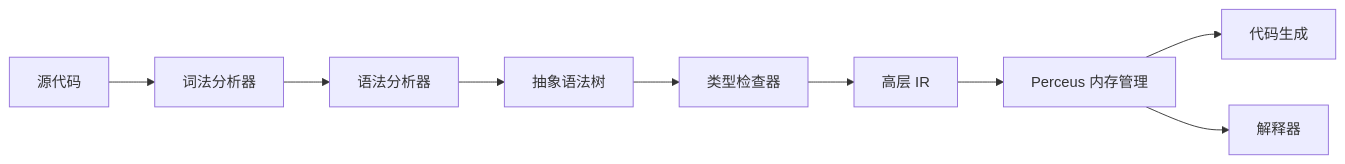
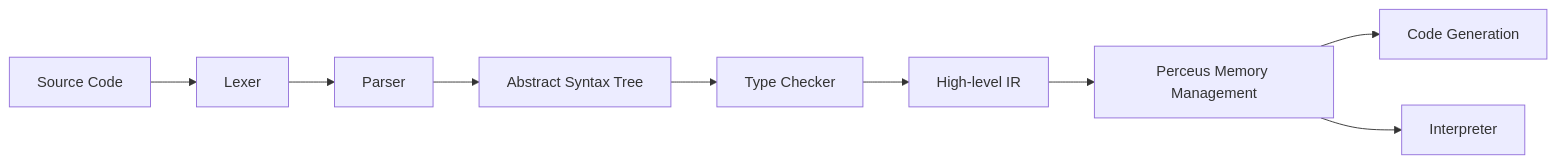
Before and after one commit to xiongdi/x-lang: the diagram in CLAUDE.md, drawn with Mermaid. The commit also changed other lines of this file and 1 other file, not shown here.

````diff
--- a/CLAUDE.md
+++ b/CLAUDE.md
@@ -76,11 +76,11 @@
 ```mermaid
 flowchart LR
-    Source[源代码] --> Lexer[词法分析器]
-    Lexer --> Parser[语法分析器]
-    Parser --> AST[抽象语法树]
-    AST --> TypeChecker[类型检查器]
-    TypeChecker --> HIR[高层 IR]
-    HIR --> Perceus[Perceus 内存管理]
-    Perceus --> Codegen[代码生成]
-    Perceus --> Interpreter[解释器]
+    Source[Source Code] --> Lexer[Lexer]
+    Lexer --> Parser[Parser]
+    Parser --> AST[Abstract Syntax Tree]
+    AST --> TypeChecker[Type Checker]
+    TypeChecker --> HIR[High-level IR]
+    HIR --> Perceus[Perceus Memory Management]
+    Perceus --> Codegen[Code Generation]
+    Perceus --> Interpreter[Interpreter]
 ```
````
